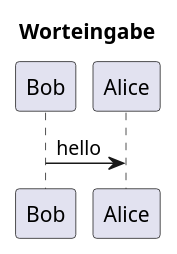
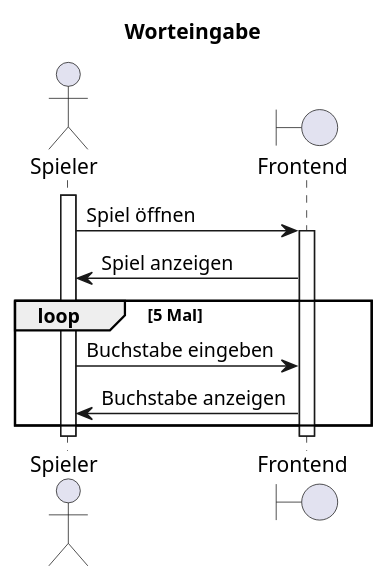
The diagram in docs/requirements-src/F001/F001-seq.plantuml (wordle-time/wordle-time), drawn with PlantUML before and after one commit. The commit also changed 3 other files, not shown here.

Commit message:
F001 sequence diagram + F002 json adjustment

```diff
--- a/docs/requirements-src/F001/F001-seq.plantuml
+++ b/docs/requirements-src/F001/F001-seq.plantuml
@@ -1,5 +1,17 @@
 @startuml F001_seq
 title "Worteingabe"
 
-Bob -> Alice : hello
+actor "Spieler" as user
+boundary "Frontend" as frontend
+
+activate user
+user -> frontend: Spiel öffnen
+activate frontend
+user <- frontend: Spiel anzeigen
+loop 5 Mal
+    user -> frontend: Buchstabe eingeben
+    user <- frontend: Buchstabe anzeigen
+end
+deactivate frontend
+deactivate user
 @enduml
```
